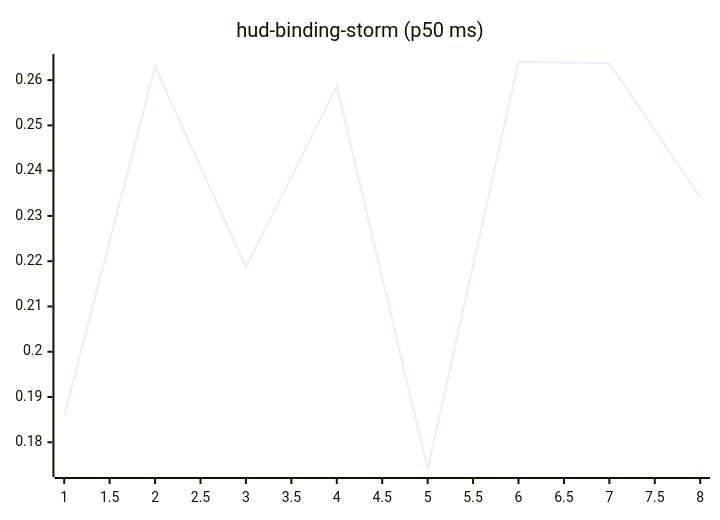
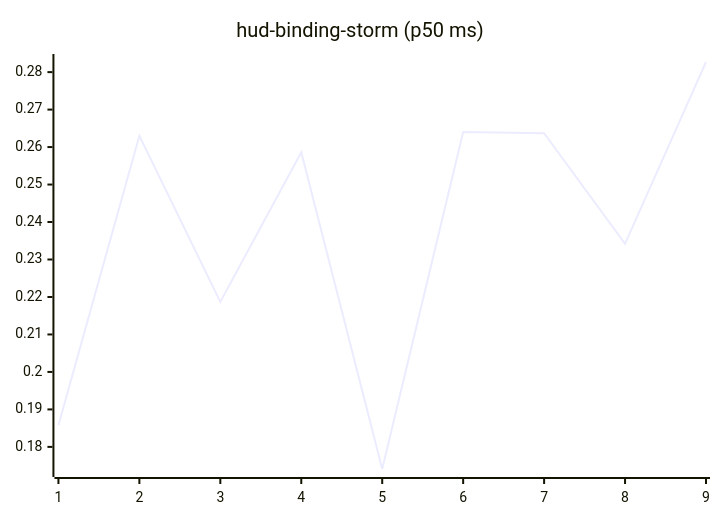
One commit to josha/Facet changed the tenth of 27 diagrams in README.md. Above: the diagram before and after it, drawn with Mermaid. The commit also changed other lines of this file and 2 other files, not shown here.

````diff
--- a/README.md
+++ b/README.md
@@ -126,6 +126,6 @@
 ```mermaid
 xychart-beta
     title "hud-binding-storm (p50 ms)"
-    x-axis 1 --> 8
-    line [0.1858, 0.2630, 0.2187, 0.2586, 0.1741, 0.2640, 0.2637, 0.2342]
+    x-axis 1 --> 9
+    line [0.1858, 0.2630, 0.2187, 0.2586, 0.1741, 0.2640, 0.2637, 0.2342, 0.2827]
 ```
````
